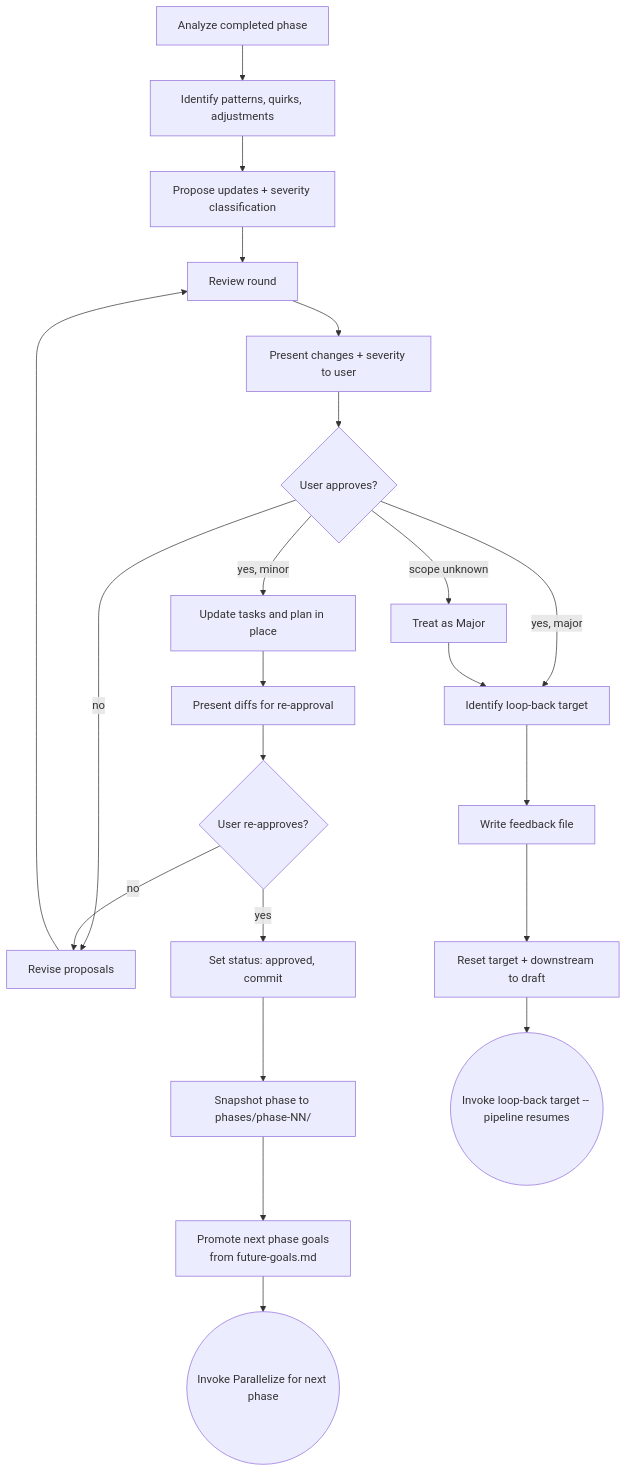
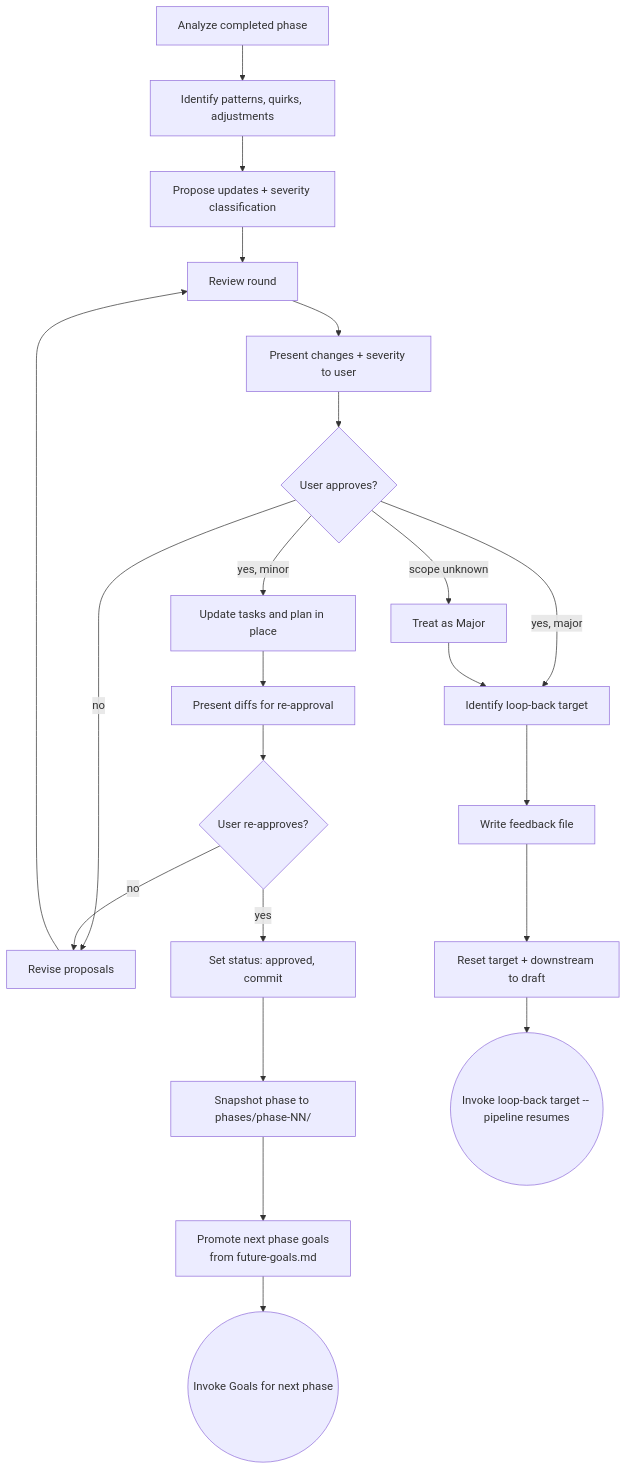
Before and after one commit to dfrysinger/qrspi-plus: diagram 14 of 20 in README.md, drawn with Mermaid. The commit also changed other lines of this file and 15 other files, not shown here.

````diff
--- a/README.md
+++ b/README.md
@@ -360,24 +378,24 @@
 ```mermaid
 flowchart TD
     A[Analyze completed phase] --> B[Identify patterns, quirks, adjustments]
     B --> C[Propose updates + severity classification]
     C --> D[Review round]
     D --> E[Present changes + severity to user]
     E --> F{User approves?}
     F -->|no| G[Revise proposals]
     G --> D
     F -->|yes, minor| H[Update tasks and plan in place]
     H --> I[Present diffs for re-approval]
     I --> J{User re-approves?}
     J -->|no| G
     J -->|yes| K[Set status: approved, commit]
     K --> K2["Snapshot phase to phases/phase-NN/"]
     K2 --> K3["Promote next phase goals<br>from future-goals.md"]
-    K3 --> M((Invoke Parallelize for next phase))
+    K3 --> M((Invoke Goals for next phase))
     F -->|yes, major| N[Identify loop-back target]
     N --> N2[Write feedback file]
     N2 --> N3[Reset target + downstream to draft]
     N3 --> O((Invoke loop-back target -- pipeline resumes))
     F -->|scope unknown| P[Treat as Major]
     P --> N
 ```
````
